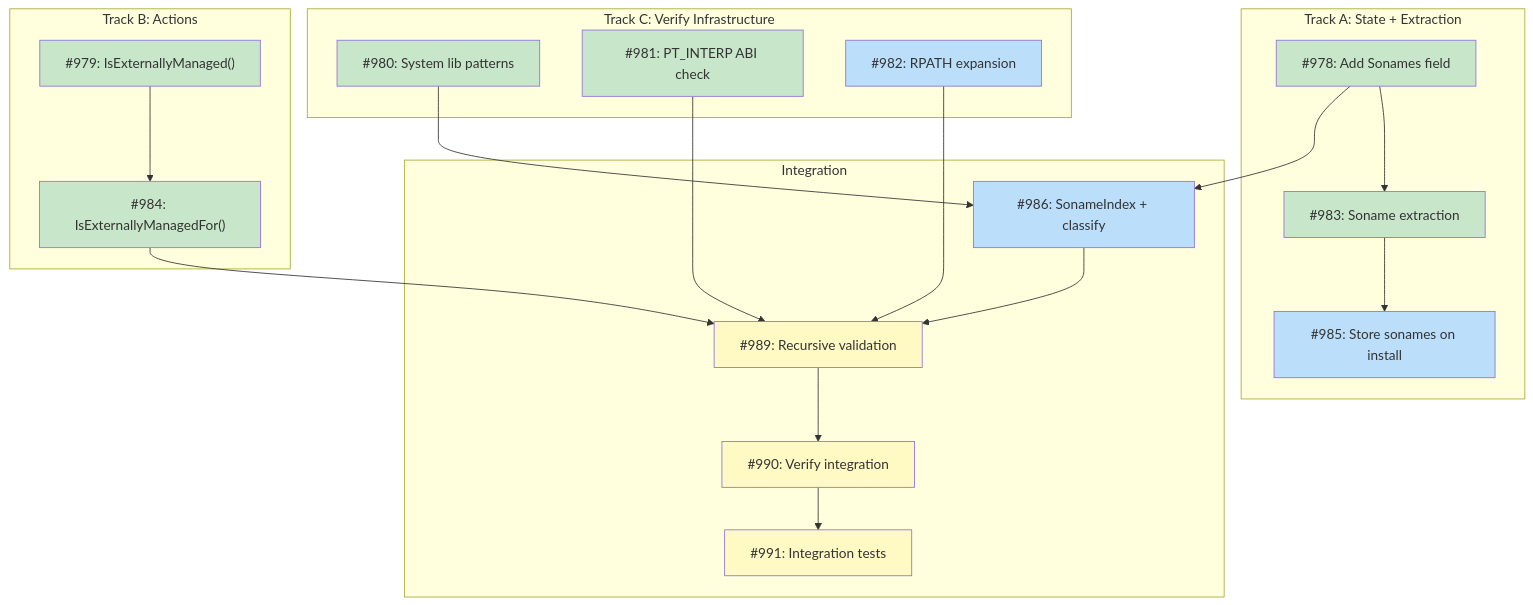
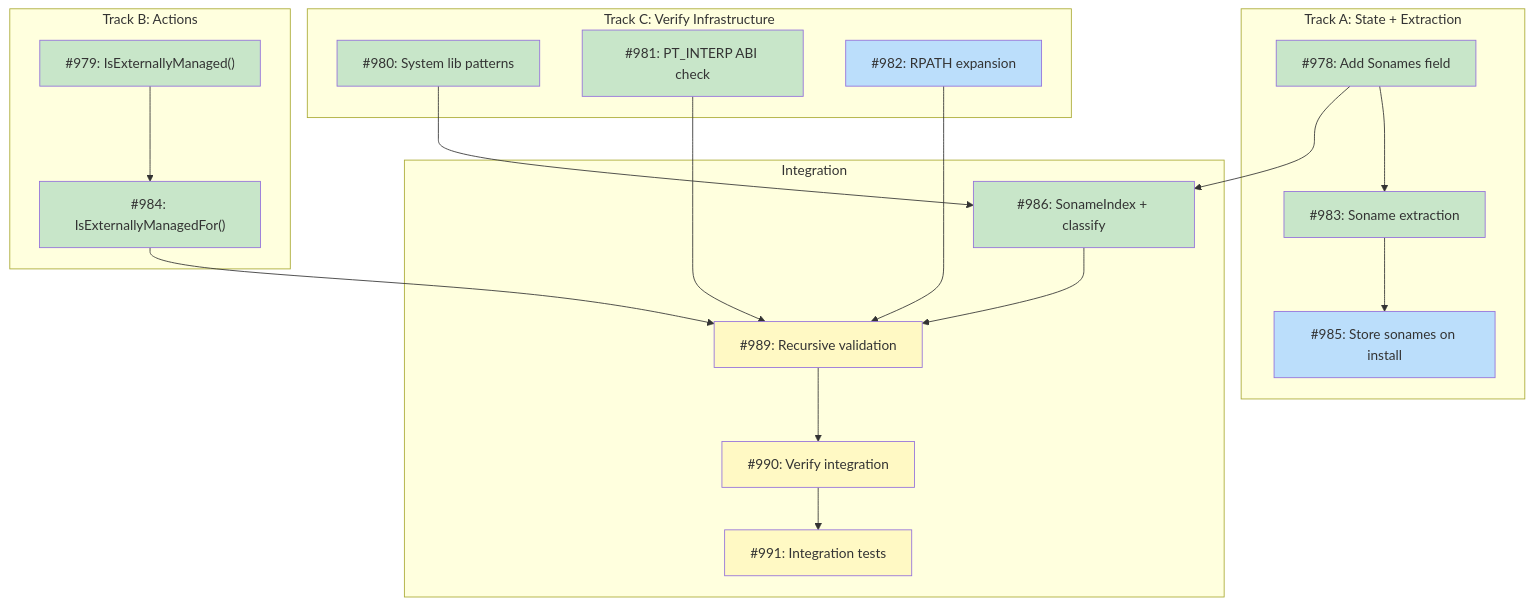
Before and after one commit to tsukumogami/tsuku: the diagram in docs/designs/DESIGN-library-verify-deps.md, drawn with Mermaid. The commit also changed 5 other files, not shown here.

````diff
--- a/docs/designs/DESIGN-library-verify-deps.md
+++ b/docs/designs/DESIGN-library-verify-deps.md
@@ -26,47 +26,47 @@
 ```mermaid
 graph TD
     subgraph TrackA["Track A: State + Extraction"]
         I978["#978: Add Sonames field"]
         I983["#983: Soname extraction"]
         I985["#985: Store sonames on install"]
     end
 
     subgraph TrackB["Track B: Actions"]
         I979["#979: IsExternallyManaged()"]
         I984["#984: IsExternallyManagedFor()"]
     end
 
     subgraph TrackC["Track C: Verify Infrastructure"]
         I980["#980: System lib patterns"]
         I981["#981: PT_INTERP ABI check"]
         I982["#982: RPATH expansion"]
     end
 
     subgraph Integration["Integration"]
         I986["#986: SonameIndex + classify"]
         I989["#989: Recursive validation"]
         I990["#990: Verify integration"]
         I991["#991: Integration tests"]
     end
 
     I978 --> I983
     I983 --> I985
     I979 --> I984
     I978 --> I986
     I980 --> I986
     I981 --> I989
     I982 --> I989
     I984 --> I989
     I986 --> I989
     I989 --> I990
     I990 --> I991
 
     classDef done fill:#c8e6c9
     classDef ready fill:#bbdefb
     classDef blocked fill:#fff9c4
     classDef needsDesign fill:#e1bee7
 
-    class I978,I979,I980,I981,I983,I984 done
-    class I982,I985,I986 ready
+    class I978,I979,I980,I981,I983,I984,I986 done
+    class I982,I985 ready
     class I989,I990,I991 blocked
 ```
````
